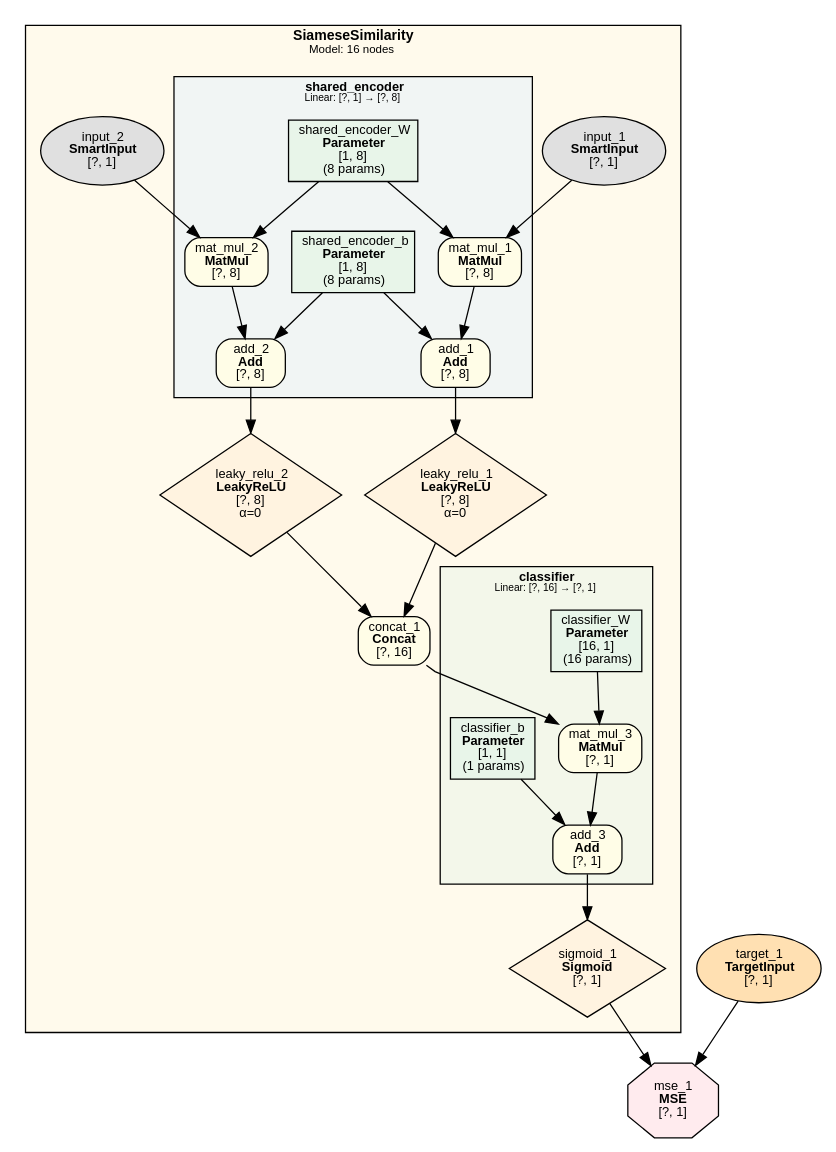
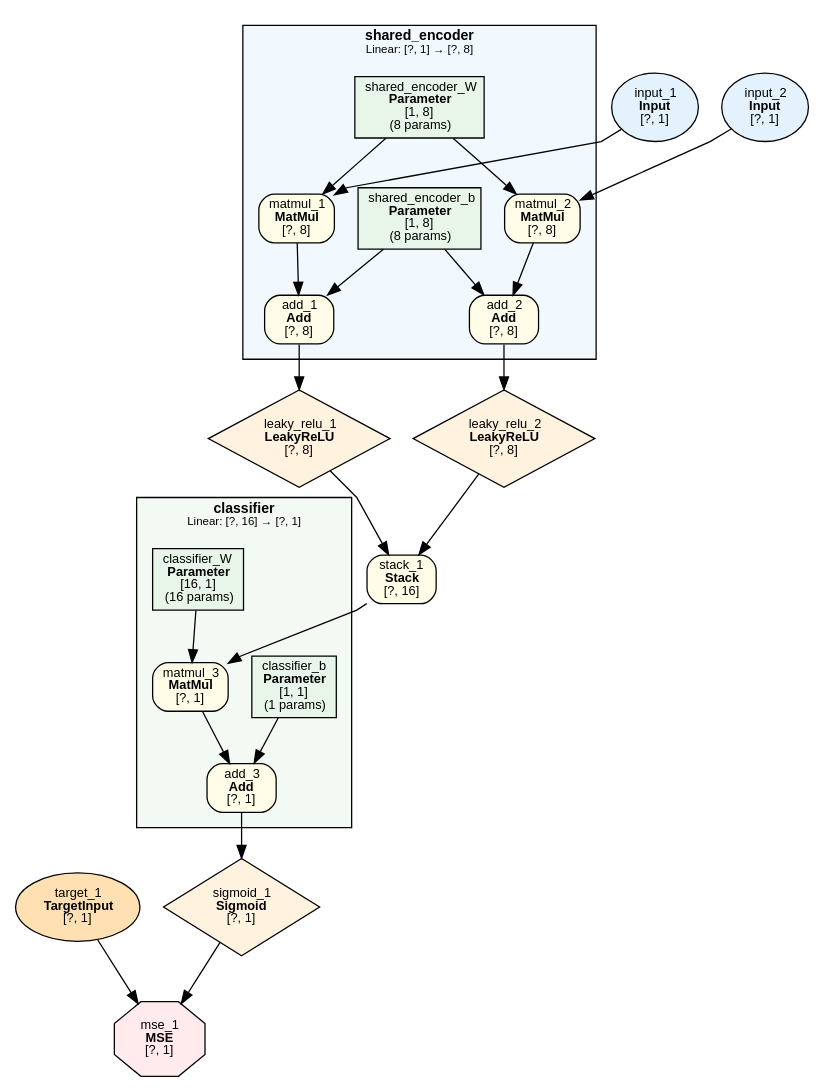
The diagram in examples/siamese_similarity/siamese_similarity.dot (dbsxdbsx/only_torch), drawn with Graphviz before and after one commit. The commit also changed 17 other files, not shown here.

```diff
--- a/examples/siamese_similarity/siamese_similarity.dot
+++ b/examples/siamese_similarity/siamese_similarity.dot
@@ -1,71 +1,64 @@
-digraph Model {
+digraph ComputeGraph {
     rankdir=TB;
     newrank=true;
     splines=polyline;
     node [fontname="Microsoft YaHei,SimHei,Arial"];
     edge [fontname="Microsoft YaHei,SimHei,Arial"];
 
-    subgraph cluster_SiameseSimilarity {
-        label=<<B>SiameseSimilarity</B><BR/><FONT POINT-SIZE="9">Model: 16 nodes</FONT>>;
+    subgraph cluster_shared_encoder {
+        label=<<B>shared_encoder</B><BR/><FONT POINT-SIZE="9">Linear: [?, 1] → [?, 8]</FONT>>;
         style=filled;
-        fillcolor="#FFECB340";
+        fillcolor="#E3F2FD80";
         fontname="Microsoft YaHei,SimHei,Arial";
         fontsize=11;
         margin=12;
-        subgraph cluster_SiameseSimilarity_shared_encoder {
-            label=<<B>shared_encoder</B><BR/><FONT POINT-SIZE="8">Linear: [?, 1] → [?, 8]</FONT>>;
-            style=filled;
-            fillcolor="#E3F2FD80";
-            fontname="Microsoft YaHei,SimHei,Arial";
-            fontsize=10;
-            margin=8;
+            "840368" [label=<add_1<BR/><B>Add</B><BR/>[?, 8]> shape=box style="filled,rounded" fillcolor="#FFFDE7" fontsize=10];
+            "840371" [label=<add_2<BR/><B>Add</B><BR/>[?, 8]> shape=box style="filled,rounded" fillcolor="#FFFDE7" fontsize=10];
+            "840367" [label=<matmul_1<BR/><B>MatMul</B><BR/>[?, 8]> shape=box style="filled,rounded" fillcolor="#FFFDE7" fontsize=10];
+            "2" [label=<shared_encoder_b<BR/><B>Parameter</B><BR/>[1, 8]<BR/>(8 params)> shape=box style=filled fillcolor="#E8F5E9" fontsize=10];
+            "840370" [label=<matmul_2<BR/><B>MatMul</B><BR/>[?, 8]> shape=box style="filled,rounded" fillcolor="#FFFDE7" fontsize=10];
             "1" [label=<shared_encoder_W<BR/><B>Parameter</B><BR/>[1, 8]<BR/>(8 params)> shape=box style=filled fillcolor="#E8F5E9" fontsize=10];
-            "2" [label=<shared_encoder_b<BR/><B>Parameter</B><BR/>[1, 8]<BR/>(8 params)> shape=box style=filled fillcolor="#E8F5E9" fontsize=10];
-            "7" [label=<mat_mul_1<BR/><B>MatMul</B><BR/>[?, 8]> shape=box style="filled,rounded" fillcolor="#FFFDE7" fontsize=10];
-            "8" [label=<add_1<BR/><B>Add</B><BR/>[?, 8]> shape=box style="filled,rounded" fillcolor="#FFFDE7" fontsize=10];
-            "10" [label=<mat_mul_2<BR/><B>MatMul</B><BR/>[?, 8]> shape=box style="filled,rounded" fillcolor="#FFFDE7" fontsize=10];
-            "11" [label=<add_2<BR/><B>Add</B><BR/>[?, 8]> shape=box style="filled,rounded" fillcolor="#FFFDE7" fontsize=10];
-        }
-        subgraph cluster_SiameseSimilarity_classifier {
-            label=<<B>classifier</B><BR/><FONT POINT-SIZE="8">Linear: [?, 16] → [?, 1]</FONT>>;
-            style=filled;
-            fillcolor="#E8F5E980";
-            fontname="Microsoft YaHei,SimHei,Arial";
-            fontsize=10;
-            margin=8;
-            "3" [label=<classifier_W<BR/><B>Parameter</B><BR/>[16, 1]<BR/>(16 params)> shape=box style=filled fillcolor="#E8F5E9" fontsize=10];
-            "4" [label=<classifier_b<BR/><B>Parameter</B><BR/>[1, 1]<BR/>(1 params)> shape=box style=filled fillcolor="#E8F5E9" fontsize=10];
-            "14" [label=<mat_mul_3<BR/><B>MatMul</B><BR/>[?, 1]> shape=box style="filled,rounded" fillcolor="#FFFDE7" fontsize=10];
-            "15" [label=<add_3<BR/><B>Add</B><BR/>[?, 1]> shape=box style="filled,rounded" fillcolor="#FFFDE7" fontsize=10];
-        }
-            "5" [label=<input_1<BR/><B>SmartInput</B><BR/>[?, 1]> shape=ellipse style=filled fillcolor="#E0E0E0" fontsize=10];
-            "6" [label=<input_2<BR/><B>SmartInput</B><BR/>[?, 1]> shape=ellipse style=filled fillcolor="#E0E0E0" fontsize=10];
-            "9" [label=<leaky_relu_1<BR/><B>LeakyReLU</B><BR/>[?, 8]<BR/>α=0> shape=diamond style=filled fillcolor="#FFF3E0" fontsize=10];
-            "12" [label=<leaky_relu_2<BR/><B>LeakyReLU</B><BR/>[?, 8]<BR/>α=0> shape=diamond style=filled fillcolor="#FFF3E0" fontsize=10];
-            "13" [label=<concat_1<BR/><B>Concat</B><BR/>[?, 16]> shape=box style="filled,rounded" fillcolor="#FFFDE7" fontsize=10];
-            "16" [label=<sigmoid_1<BR/><B>Sigmoid</B><BR/>[?, 1]> shape=diamond style=filled fillcolor="#FFF3E0" fontsize=10];
     }
 
-    "17" [label=<target_1<BR/><B>TargetInput</B><BR/>[?, 1]> shape=ellipse style=filled fillcolor="#FFE0B2" fontsize=10];
-    "18" [label=<mse_1<BR/><B>MSE</B><BR/>[?, 1]> shape=octagon style=filled fillcolor="#FFEBEE" fontsize=10];
+    subgraph cluster_classifier {
+        label=<<B>classifier</B><BR/><FONT POINT-SIZE="9">Linear: [?, 16] → [?, 1]</FONT>>;
+        style=filled;
+        fillcolor="#E8F5E980";
+        fontname="Microsoft YaHei,SimHei,Arial";
+        fontsize=11;
+        margin=12;
+            "840375" [label=<add_3<BR/><B>Add</B><BR/>[?, 1]> shape=box style="filled,rounded" fillcolor="#FFFDE7" fontsize=10];
+            "840374" [label=<matmul_3<BR/><B>MatMul</B><BR/>[?, 1]> shape=box style="filled,rounded" fillcolor="#FFFDE7" fontsize=10];
+            "4" [label=<classifier_b<BR/><B>Parameter</B><BR/>[1, 1]<BR/>(1 params)> shape=box style=filled fillcolor="#E8F5E9" fontsize=10];
+            "3" [label=<classifier_W<BR/><B>Parameter</B><BR/>[16, 1]<BR/>(16 params)> shape=box style=filled fillcolor="#E8F5E9" fontsize=10];
+    }
 
-    "5" -> "7";
-    "1" -> "7";
-    "7" -> "8";
-    "2" -> "8";
-    "8" -> "9";
-    "6" -> "10";
-    "1" -> "10";
-    "10" -> "11";
-    "2" -> "11";
-    "11" -> "12";
-    "9" -> "13";
-    "12" -> "13";
-    "13" -> "14";
-    "3" -> "14";
-    "14" -> "15";
-    "4" -> "15";
-    "15" -> "16";
-    "16" -> "18";
-    "17" -> "18";
+    "840378" [label=<mse_1<BR/><B>MSE</B><BR/>[?, 1]> shape=octagon style=filled fillcolor="#FFEBEE" fontsize=10];
+    "840376" [label=<sigmoid_1<BR/><B>Sigmoid</B><BR/>[?, 1]> shape=diamond style=filled fillcolor="#FFF3E0" fontsize=10];
+    "840377" [label=<target_1<BR/><B>TargetInput</B><BR/>[?, 1]> shape=ellipse style=filled fillcolor="#FFE0B2" fontsize=10];
+    "840373" [label=<stack_1<BR/><B>Stack</B><BR/>[?, 16]> shape=box style="filled,rounded" fillcolor="#FFFDE7" fontsize=10];
+    "840369" [label=<leaky_relu_1<BR/><B>LeakyReLU</B><BR/>[?, 8]> shape=diamond style=filled fillcolor="#FFF3E0" fontsize=10];
+    "840372" [label=<leaky_relu_2<BR/><B>LeakyReLU</B><BR/>[?, 8]> shape=diamond style=filled fillcolor="#FFF3E0" fontsize=10];
+    "840365" [label=<input_1<BR/><B>Input</B><BR/>[?, 1]> shape=ellipse style=filled fillcolor="#E3F2FD" fontsize=10];
+    "840366" [label=<input_2<BR/><B>Input</B><BR/>[?, 1]> shape=ellipse style=filled fillcolor="#E3F2FD" fontsize=10];
+
+    "840376" -> "840378";
+    "840377" -> "840378";
+    "840375" -> "840376";
+    "840374" -> "840375";
+    "4" -> "840375";
+    "840373" -> "840374";
+    "3" -> "840374";
+    "840369" -> "840373";
+    "840372" -> "840373";
+    "840368" -> "840369";
+    "840371" -> "840372";
+    "840367" -> "840368";
+    "2" -> "840368";
+    "840370" -> "840371";
+    "2" -> "840371";
+    "840365" -> "840367";
+    "1" -> "840367";
+    "840366" -> "840370";
+    "1" -> "840370";
 }
```
